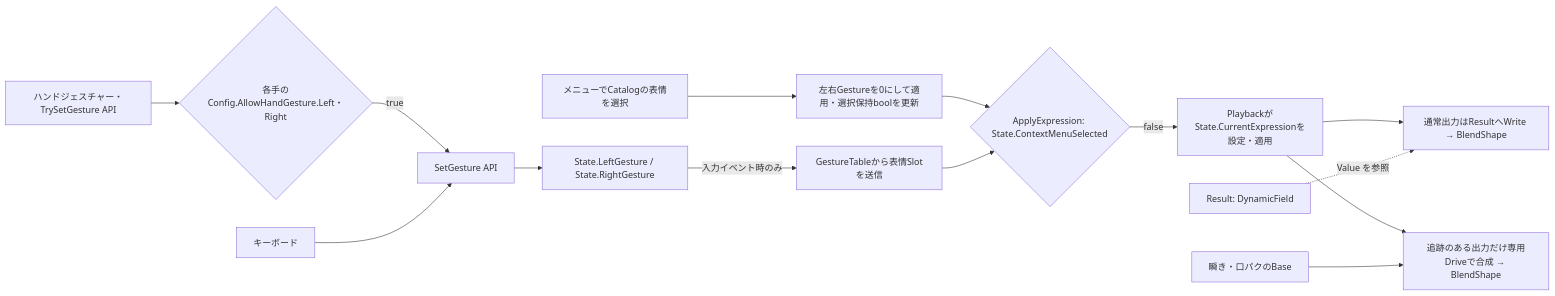
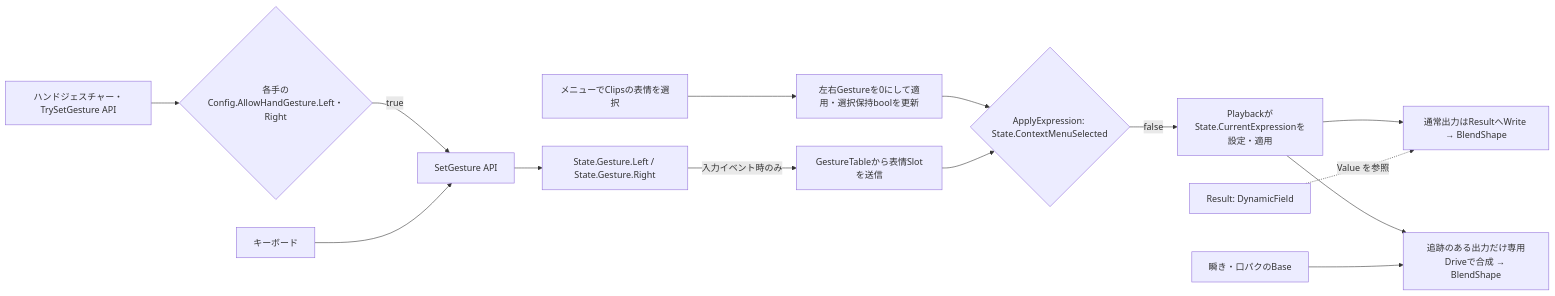
Before and after one commit to orange3134/VRMtoResonitePackage: the diagram in docs/expression-system.md, drawn with Mermaid. The commit also changed other lines of this file and 31 other files, not shown here.

````diff
--- a/docs/expression-system.md
+++ b/docs/expression-system.md
@@ -280,16 +280,16 @@
 ```mermaid
 flowchart LR
     H[ハンドジェスチャー・TrySetGesture API] --> G{各手のConfig.AllowHandGesture.Left・Right}
     G -->|true| U[SetGesture API]
     K[キーボード] --> U
-    U --> S[State.LeftGesture / State.RightGesture]
-    D[メニューでCatalogの表情を選択] --> T[左右Gestureを0にして適用・選択保持boolを更新]
+    U --> S[State.Gesture.Left / State.Gesture.Right]
+    D[メニューでClipsの表情を選択] --> T[左右Gestureを0にして適用・選択保持boolを更新]
     T --> L{ApplyExpression: State.ContextMenuSelected}
     S -->|入力イベント時のみ| P[GestureTableから表情Slotを送信]
     P --> L
     L -->|false| R[PlaybackがState.CurrentExpressionを設定・適用]
     R --> V[通常出力はResultへWrite → BlendShape]
     R --> Q[追跡のある出力だけ専用Driveで合成 → BlendShape]
     B[瞬き・口パクのBase] --> Q
     Result[Result: DynamicField] -. Value を参照 .-> V
 ```
````
